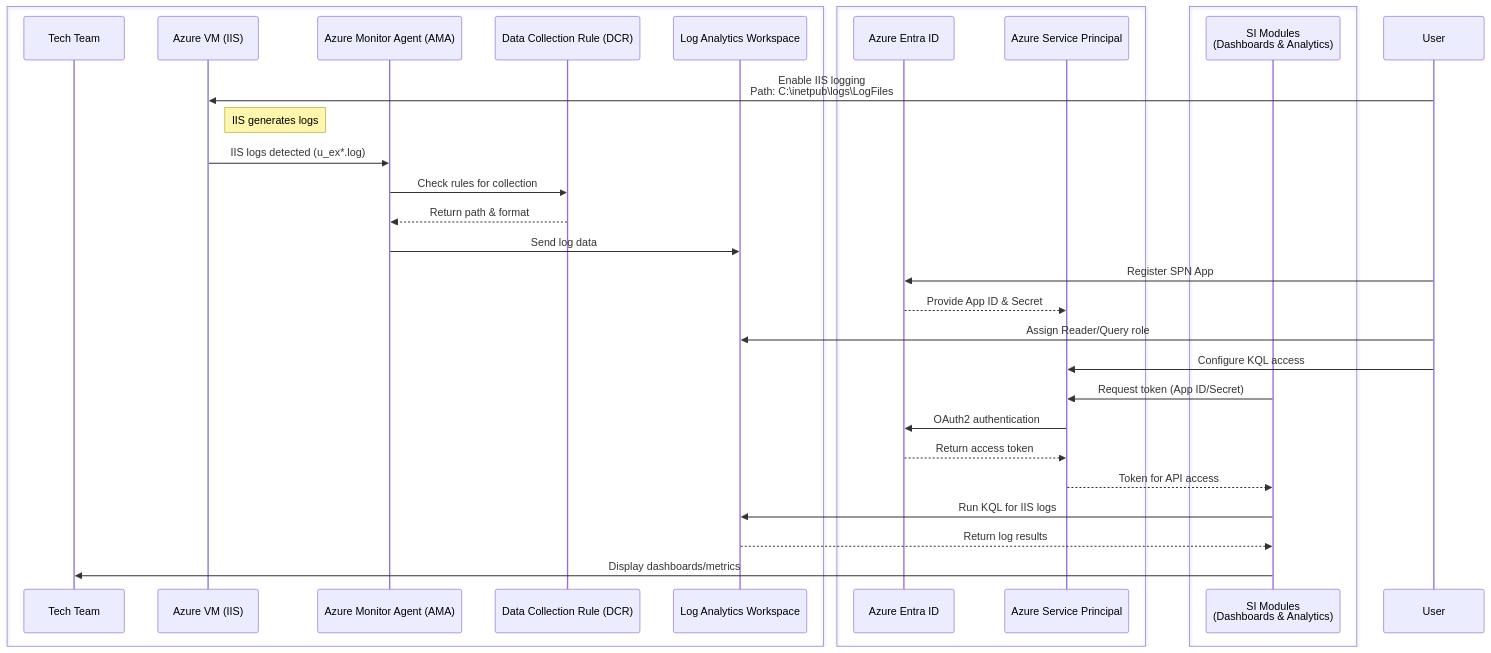
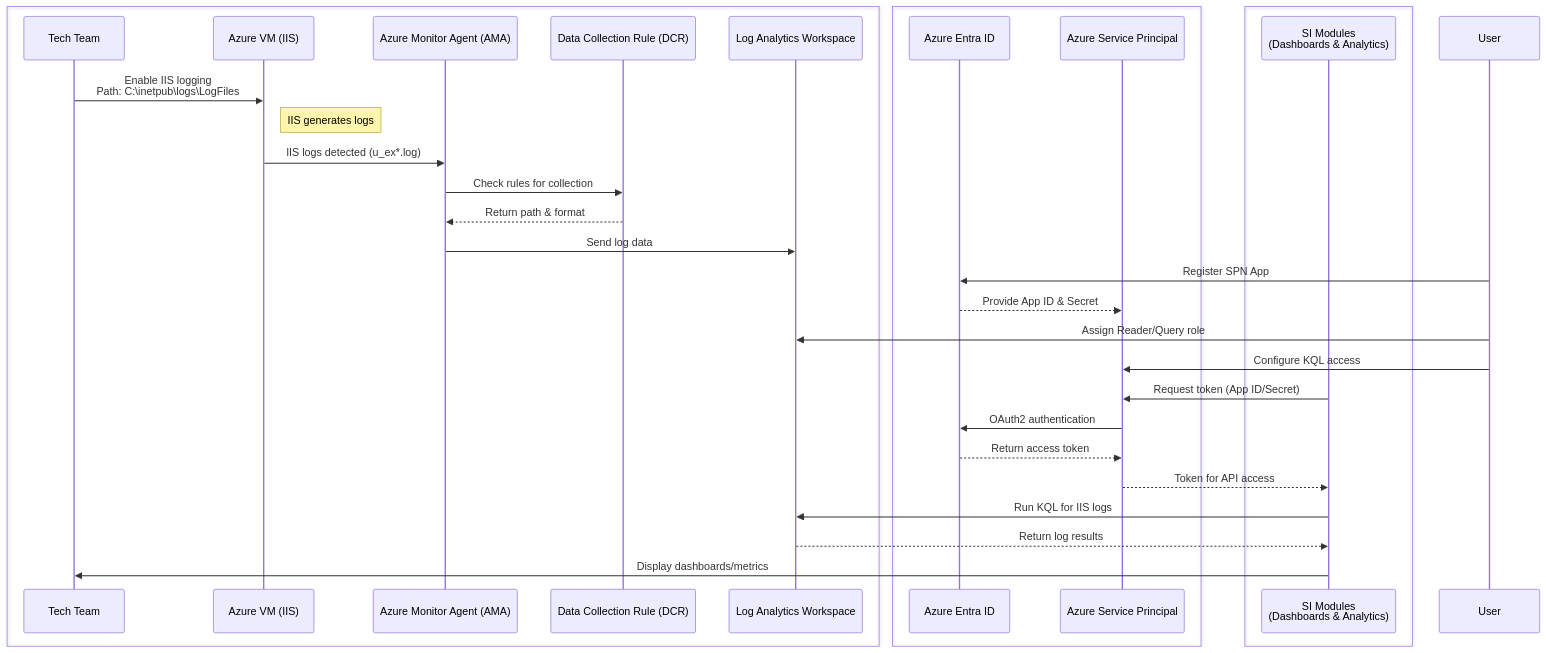
Before and after one commit to oigbokwe73/Azure-Policy-On-Resource-Group: the diagram in README.md, drawn with Mermaid.

````diff
--- a/README.md
+++ b/README.md
@@ -14,51 +14,51 @@
 ```mermaid
 sequenceDiagram
     %% === MES Modules (Green) ===
     box #e8f5e9:MES Modules Layer
         participant Tech Team
         participant VM as Azure VM (IIS)
         participant AMA as Azure Monitor Agent (AMA)
         participant DCR as Data Collection Rule (DCR)
         participant LAW as Log Analytics Workspace
     end
 
     %% === MES Modules (Blue) ===
     box #e3f2fd:MES Modules Layer
         participant Entra as Azure Entra ID
         participant SPN as Azure Service Principal
     end
 
     %% === SI Modules (Yellow) ===
     box #fffde7:Visualization Layer (SI Modules)
         participant SI as SI Modules<br/>(Dashboards & Analytics)
     end
 
     %% Step 1: IIS logging setup
-    User->>VM: Enable IIS logging<br/>Path: C:\inetpub\logs\LogFiles
+    Tech Team->>VM: Enable IIS logging<br/>Path: C:\inetpub\logs\LogFiles
     Note right of VM: IIS generates logs
 
     %% Step 2: Log collection via AMA
     VM->>AMA: IIS logs detected (u_ex*.log)
     AMA->>DCR: Check rules for collection
     DCR-->>AMA: Return path & format
     AMA->>LAW: Send log data
 
     %% Step 3: Register Azure SPN
     User->>Entra: Register SPN App
     Entra-->>SPN: Provide App ID & Secret
 
     %% Step 4: Assign access to LAW
     User->>LAW: Assign Reader/Query role
     User->>SPN: Configure KQL access
 
     %% Step 5: Authenticate SI
     SI->>SPN: Request token (App ID/Secret)
     SPN->>Entra: OAuth2 authentication
     Entra-->>SPN: Return access token
     SPN-->>SI: Token for API access
 
     %% Step 6: Query and Visualize
     SI->>LAW: Run KQL for IIS logs
     LAW-->>SI: Return log results
     SI->>Tech Team: Display dashboards/metrics
 ```
````
